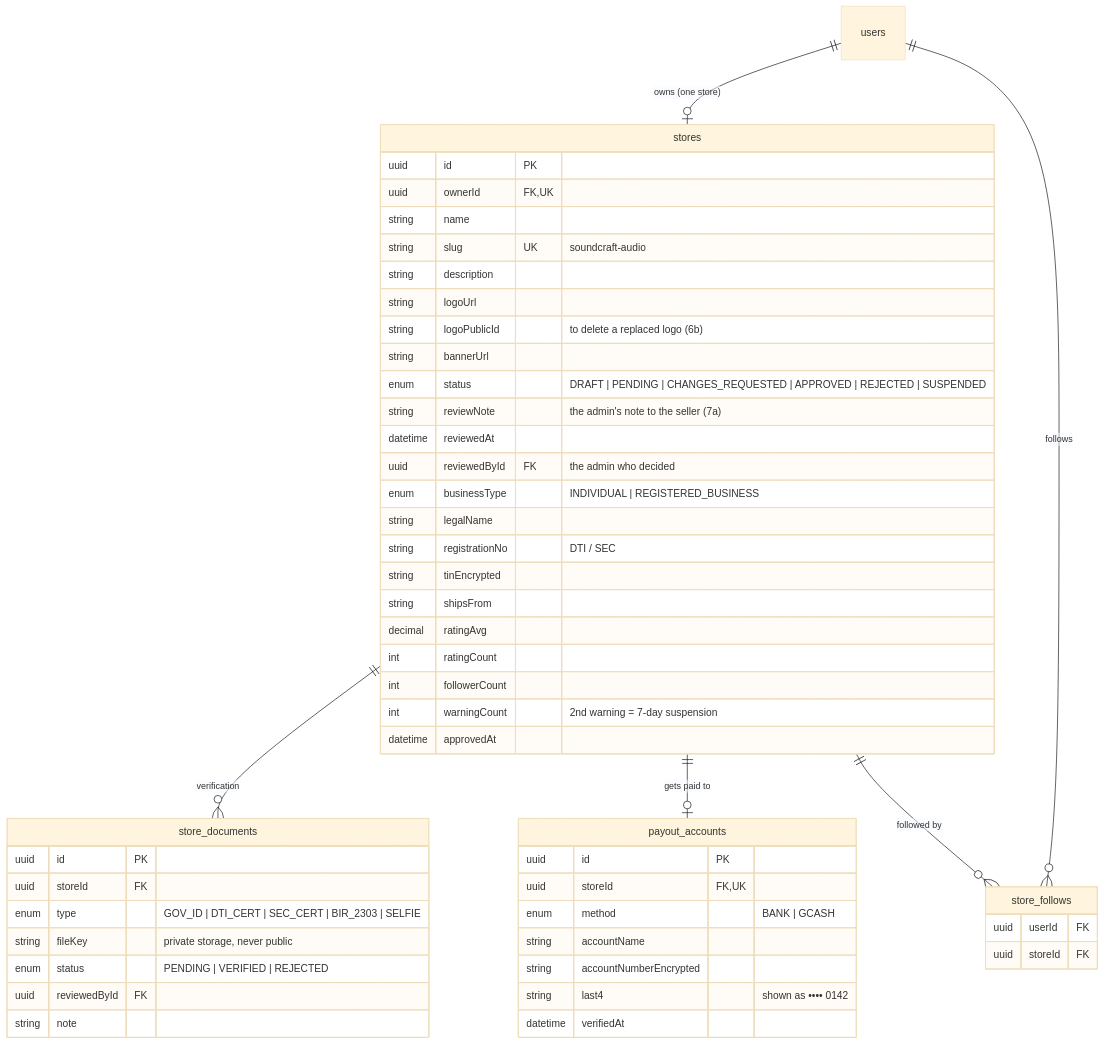
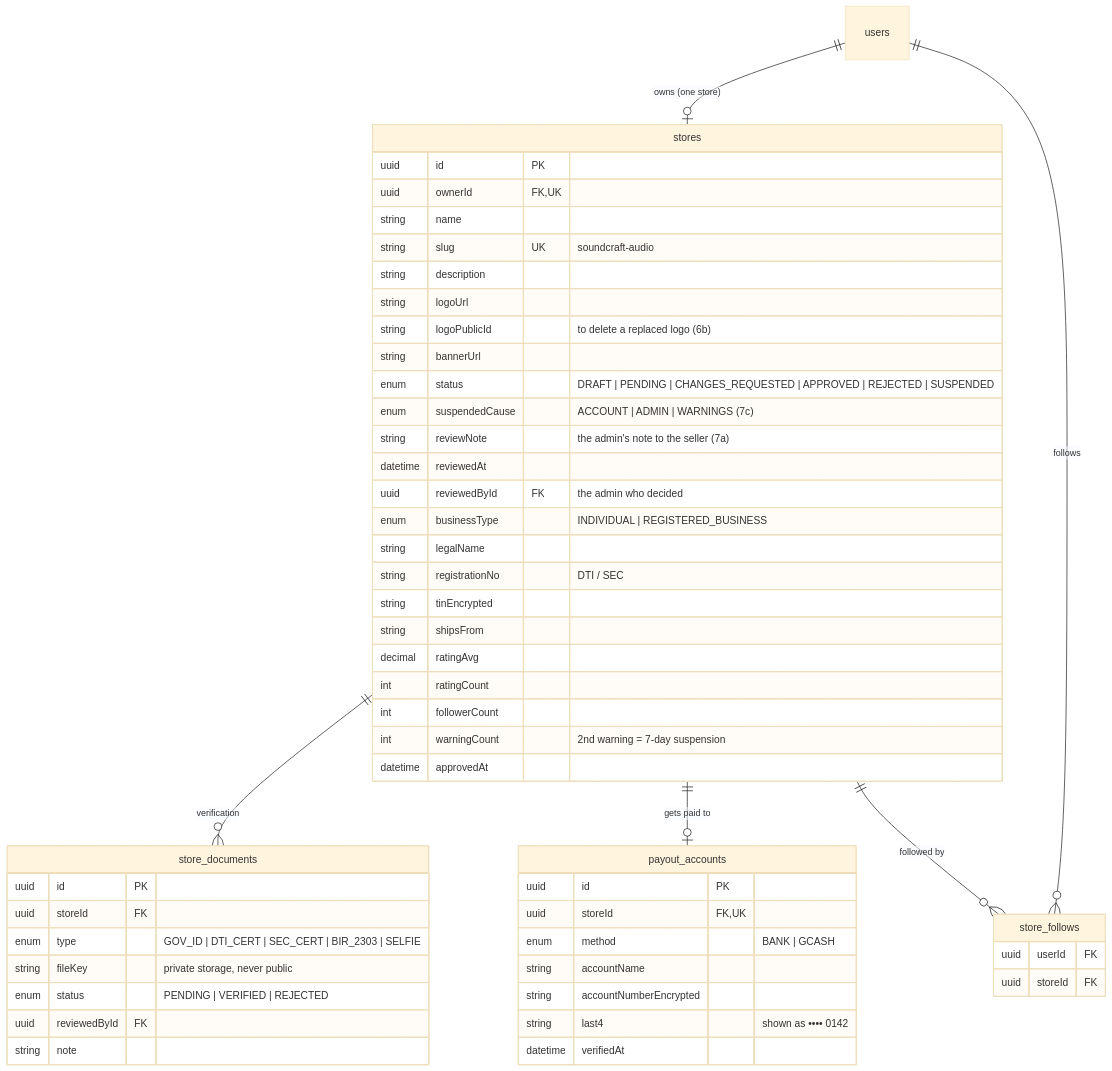
The second of 5 diagrams in backend/docs/database-design.md (Justin-25/E-commerce-FullStack-project), drawn with Mermaid (base theme) before and after one commit. The commit also changed other lines of this file and 35 other files, not shown here.

````diff
--- a/backend/docs/database-design.md
+++ b/backend/docs/database-design.md
@@ -130,54 +131,55 @@
 ```mermaid
 erDiagram
   users ||--o| stores : "owns (one store)"
   stores ||--o{ store_documents : "verification"
   stores ||--o| payout_accounts : "gets paid to"
   users ||--o{ store_follows : "follows"
   stores ||--o{ store_follows : "followed by"
   stores {
     uuid id PK
     uuid ownerId FK,UK
     string name
     string slug UK "soundcraft-audio"
     string description
     string logoUrl
     string logoPublicId "to delete a replaced logo (6b)"
     string bannerUrl
     enum status "DRAFT | PENDING | CHANGES_REQUESTED | APPROVED | REJECTED | SUSPENDED"
+    enum suspendedCause "ACCOUNT | ADMIN | WARNINGS (7c)"
     string reviewNote "the admin's note to the seller (7a)"
     datetime reviewedAt
     uuid reviewedById FK "the admin who decided"
     enum businessType "INDIVIDUAL | REGISTERED_BUSINESS"
     string legalName
     string registrationNo "DTI / SEC"
     string tinEncrypted
     string shipsFrom
     decimal ratingAvg
     int ratingCount
     int followerCount
     int warningCount "2nd warning = 7-day suspension"
     datetime approvedAt
   }
   store_documents {
     uuid id PK
     uuid storeId FK
     enum type "GOV_ID | DTI_CERT | SEC_CERT | BIR_2303 | SELFIE"
     string fileKey "private storage, never public"
     enum status "PENDING | VERIFIED | REJECTED"
     uuid reviewedById FK
     string note
   }
   payout_accounts {
     uuid id PK
     uuid storeId FK,UK
     enum method "BANK | GCASH"
     string accountName
     string accountNumberEncrypted
     string last4 "shown as •••• 0142"
     datetime verifiedAt
   }
   store_follows {
     uuid userId FK
     uuid storeId FK
   }
 ```
````
